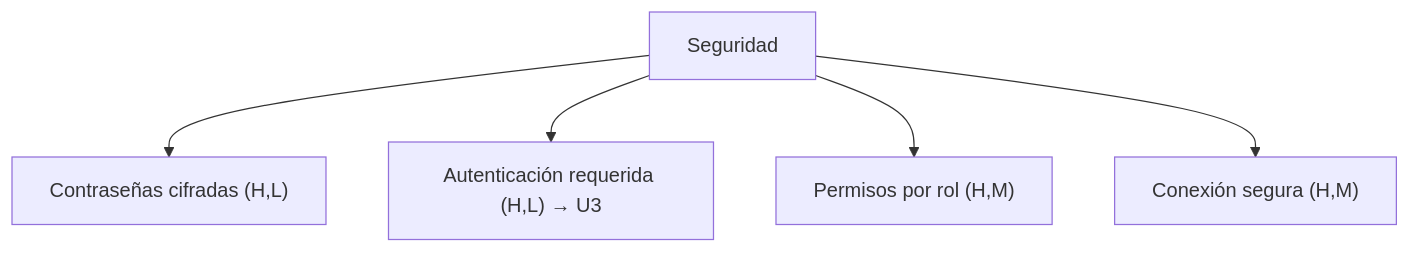
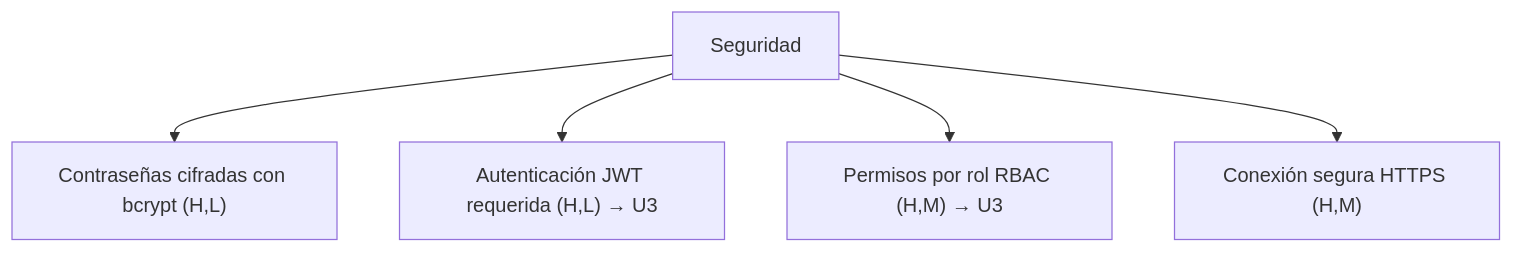
The third of 4 diagrams in docs/arc42/10_requisitos_de_calidad.md (ISCOUTB/AS_202620_Clubs_UTB), drawn with Mermaid before and after one commit. The commit also changed other lines of this file and 42 other files, not shown here.

````diff
--- a/docs/arc42/10_requisitos_de_calidad.md
+++ b/docs/arc42/10_requisitos_de_calidad.md
@@ -52,7 +34,7 @@
 ```mermaid
 graph TD
-    S[Seguridad] --> S1["Contraseñas cifradas (H,L)"]
-    S --> S2["Autenticación requerida (H,L) → U3"]
-    S --> S3["Permisos por rol (H,M)"]
-    S --> S4["Conexión segura (H,M)"]
+    S[Seguridad] --> S1["Contraseñas cifradas con bcrypt (H,L)"]
+    S --> S2["Autenticación JWT requerida (H,L) → U3"]
+    S --> S3["Permisos por rol RBAC (H,M) → U3"]
+    S --> S4["Conexión segura HTTPS (H,M)"]
 ```
````
